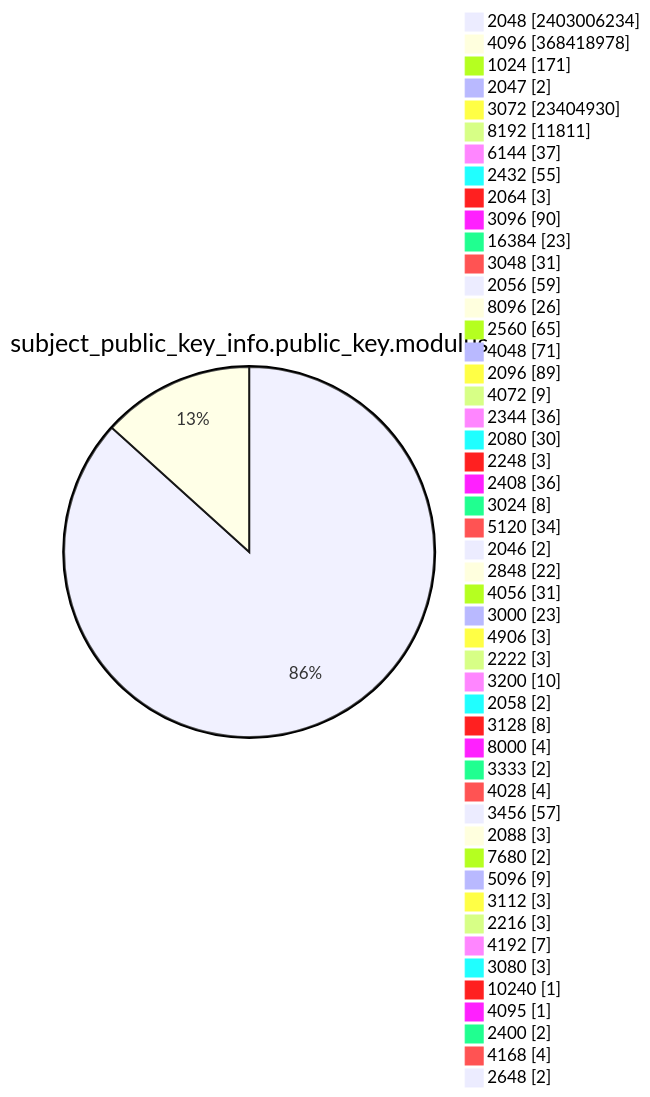
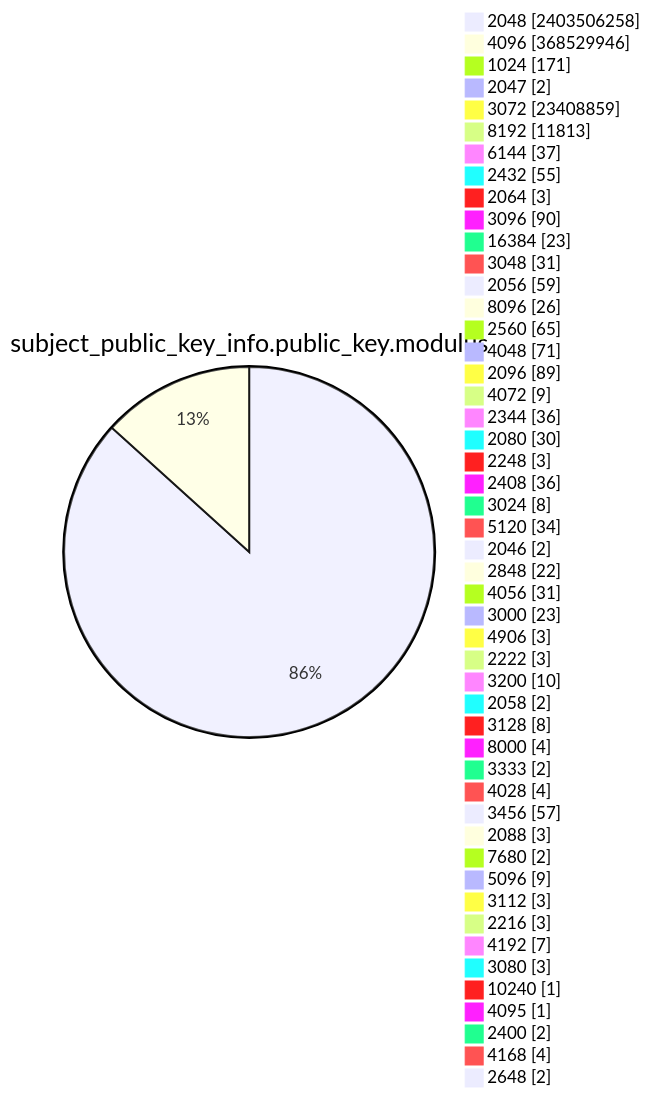
One commit to christiankrug/ctmonitor_visualization changed diagram 13 of 15 in TOTAL/README.md. Above: the diagram before and after it, drawn with Mermaid. The commit also changed other lines of this file, not shown here.

````diff
--- a/TOTAL/README.md
+++ b/TOTAL/README.md
@@ -4167,53 +4167,53 @@
 ```mermaid
 pie showData
 title subject_public_key_info.public_key.modulus
-"2048" :2403006234
-"4096" :368418978
+"2048" :2403506258
+"4096" :368529946
 "1024" :171
 "2047" :2
-"3072" :23404930
-"8192" :11811
+"3072" :23408859
+"8192" :11813
 "6144" :37
 "2432" :55
 "2064" :3
 "3096" :90
 "16384" :23
 "3048" :31
 "2056" :59
 "8096" :26
 "2560" :65
 "4048" :71
 "2096" :89
 "4072" :9
 "2344" :36
 "2080" :30
 "2248" :3
 "2408" :36
 "3024" :8
 "5120" :34
 "2046" :2
 "2848" :22
 "4056" :31
 "3000" :23
 "4906" :3
 "2222" :3
 "3200" :10
 "2058" :2
 "3128" :8
 "8000" :4
 "3333" :2
 "4028" :4
 "3456" :57
 "2088" :3
 "7680" :2
 "5096" :9
 "3112" :3
 "2216" :3
 "4192" :7
 "3080" :3
 "10240" :1
 "4095" :1
 "2400" :2
 "4168" :4
 "2648" :2
 ```
````
